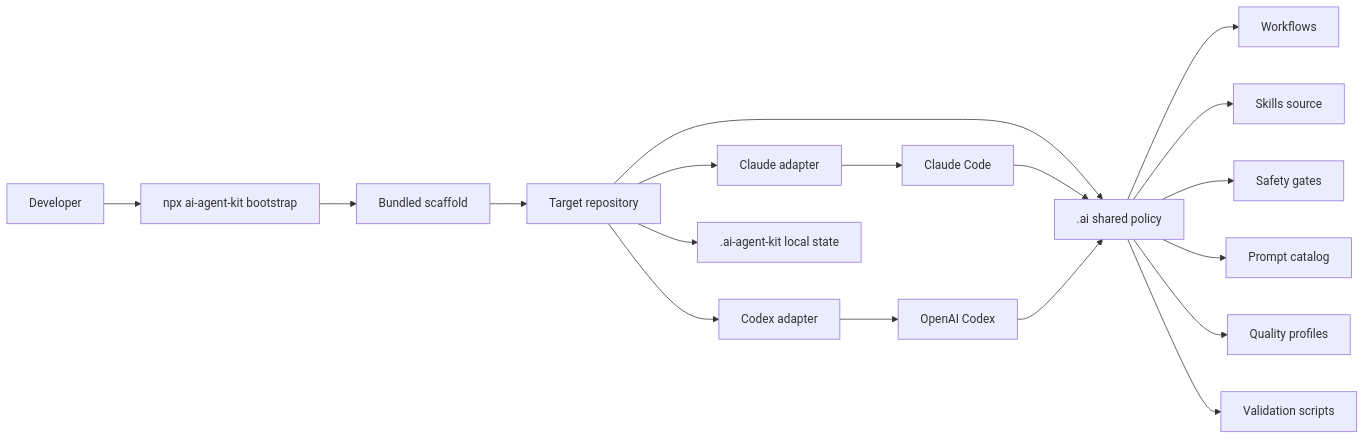
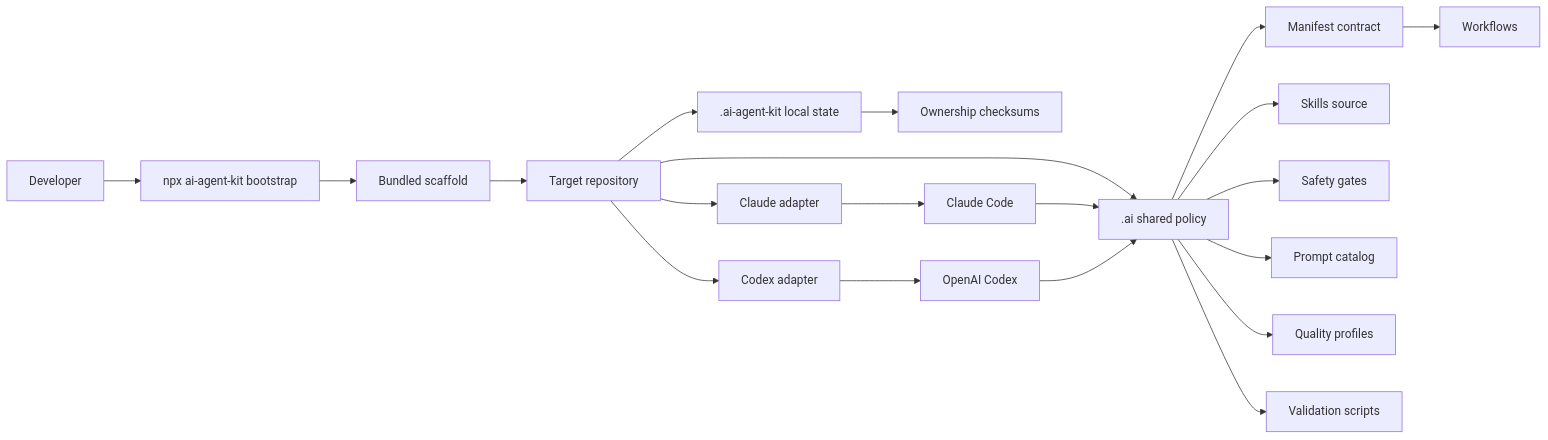
Before and after one commit to phamhungptithcm/ai-agent-kit: the first of 6 diagrams in docs/HIGH_LEVEL_DESIGN.md, drawn with Mermaid. The commit also changed other lines of this file and 92 other files, not shown here.

````diff
--- a/docs/HIGH_LEVEL_DESIGN.md
+++ b/docs/HIGH_LEVEL_DESIGN.md
@@ -17,24 +17,26 @@
 ```mermaid
 flowchart LR
   Dev[Developer] --> CLI[npx ai-agent-kit bootstrap]
   CLI --> Scaffold[Bundled scaffold]
   Scaffold --> TargetRepo[Target repository]
 
   TargetRepo --> AI[.ai shared policy]
   TargetRepo --> Claude[Claude adapter]
   TargetRepo --> Codex[Codex adapter]
   TargetRepo --> LocalState[.ai-agent-kit local state]
+  LocalState --> Ownership[Ownership checksums]
 
-  AI --> Workflows[Workflows]
+  AI --> Contract[Manifest contract]
+  Contract --> Workflows[Workflows]
   AI --> Skills[Skills source]
   AI --> Guards[Safety gates]
   AI --> Prompts[Prompt catalog]
   AI --> QualityProfiles[Quality profiles]
   AI --> Validators[Validation scripts]
 
   Claude --> ClaudeCode[Claude Code]
   Codex --> CodexAgent[OpenAI Codex]
 
   ClaudeCode --> AI
   CodexAgent --> AI
 ```
````
